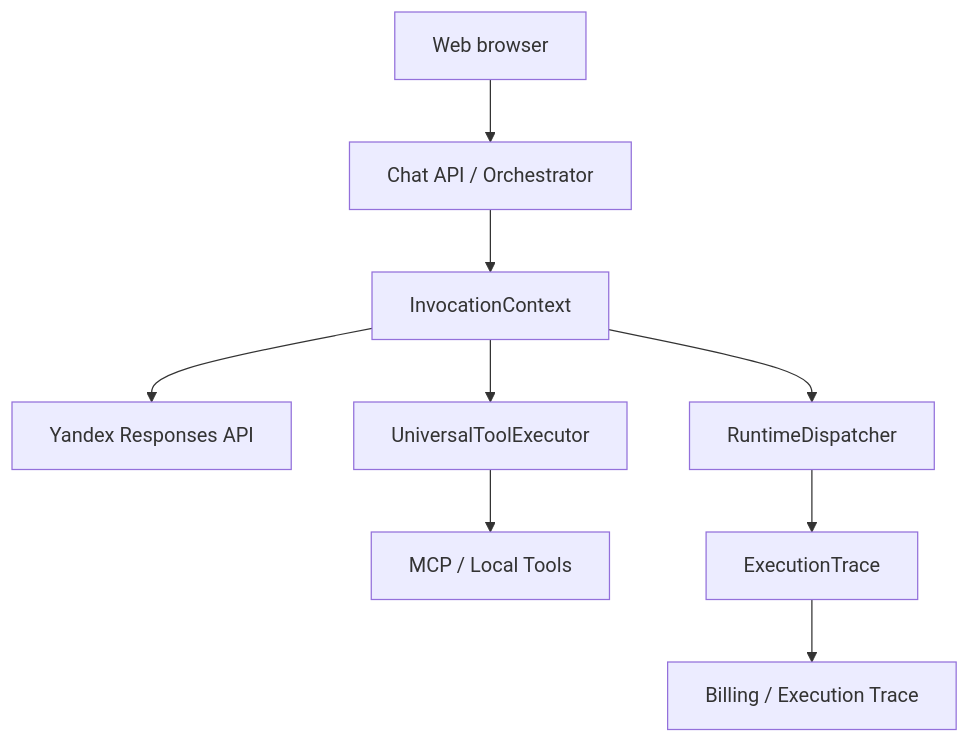
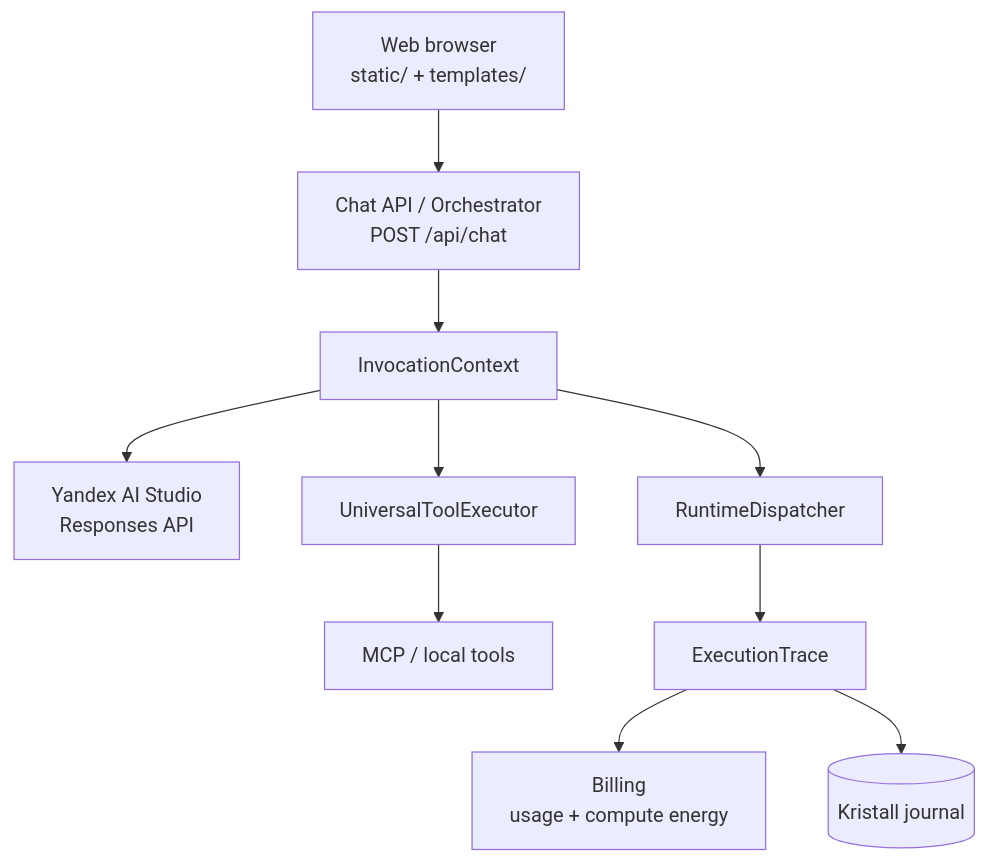
One commit to maksimp6/Chat changed the diagram in README.md. Above: the diagram before and after it, drawn with Mermaid. The commit also changed other lines of this file and 19 other files, not shown here.

````diff
--- a/README.md
+++ b/README.md
@@ -35,11 +93,12 @@
 ```mermaid
 flowchart TD
-    U[Web browser] --> O[Chat API / Orchestrator]
-    O --> C[InvocationContext]
-    C --> Y[Yandex Responses API]
-    C --> T[UniversalToolExecutor]
-    T --> M[MCP / Local Tools]
-    C --> R[RuntimeDispatcher]
-    R --> X[ExecutionTrace]
-    X --> B[Billing / Execution Trace]
+    U["Web browser<br/>static/ + templates/"] --> O["Chat API / Orchestrator<br/>POST /api/chat"]
+    O --> C["InvocationContext"]
+    C --> Y["Yandex AI Studio<br/>Responses API"]
+    C --> T["UniversalToolExecutor"]
+    T --> M["MCP / local tools"]
+    C --> R["RuntimeDispatcher"]
+    R --> X["ExecutionTrace"]
+    X --> B["Billing<br/>usage + compute energy"]
+    X --> K[("Kristall journal")]
 ```
````
